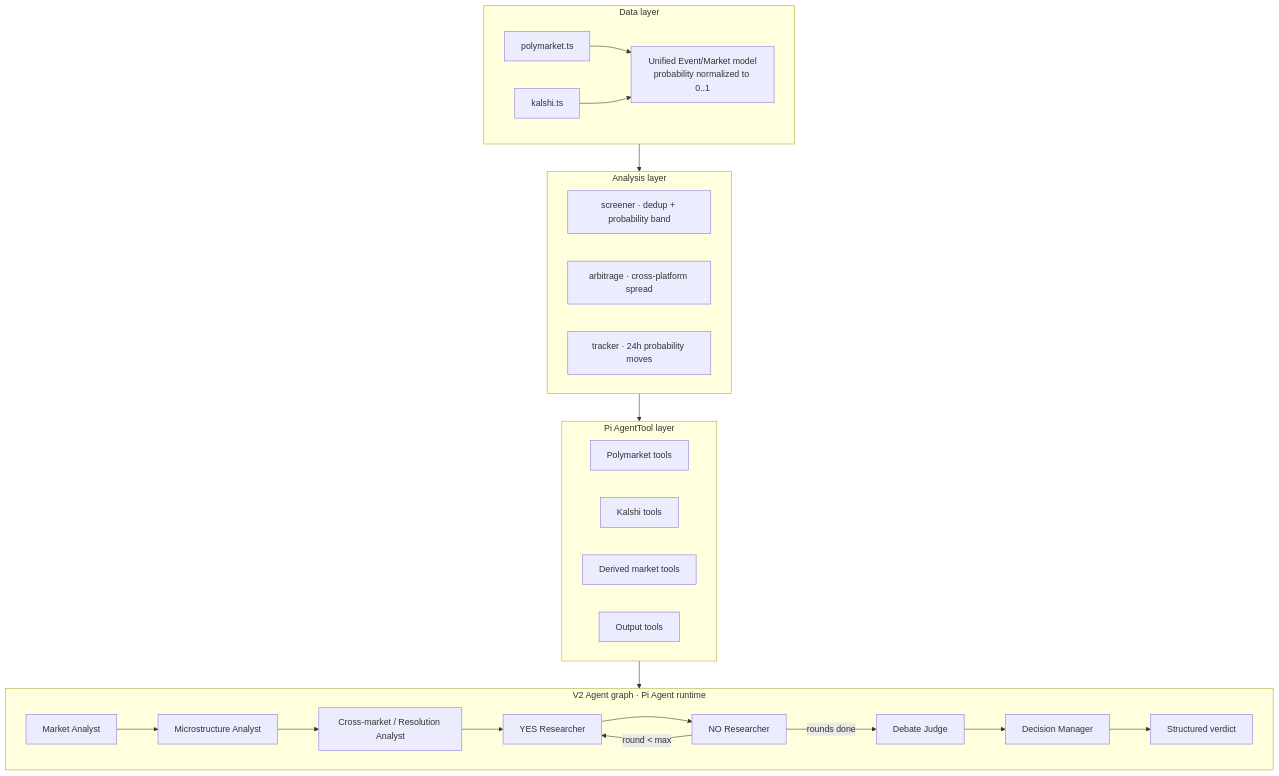
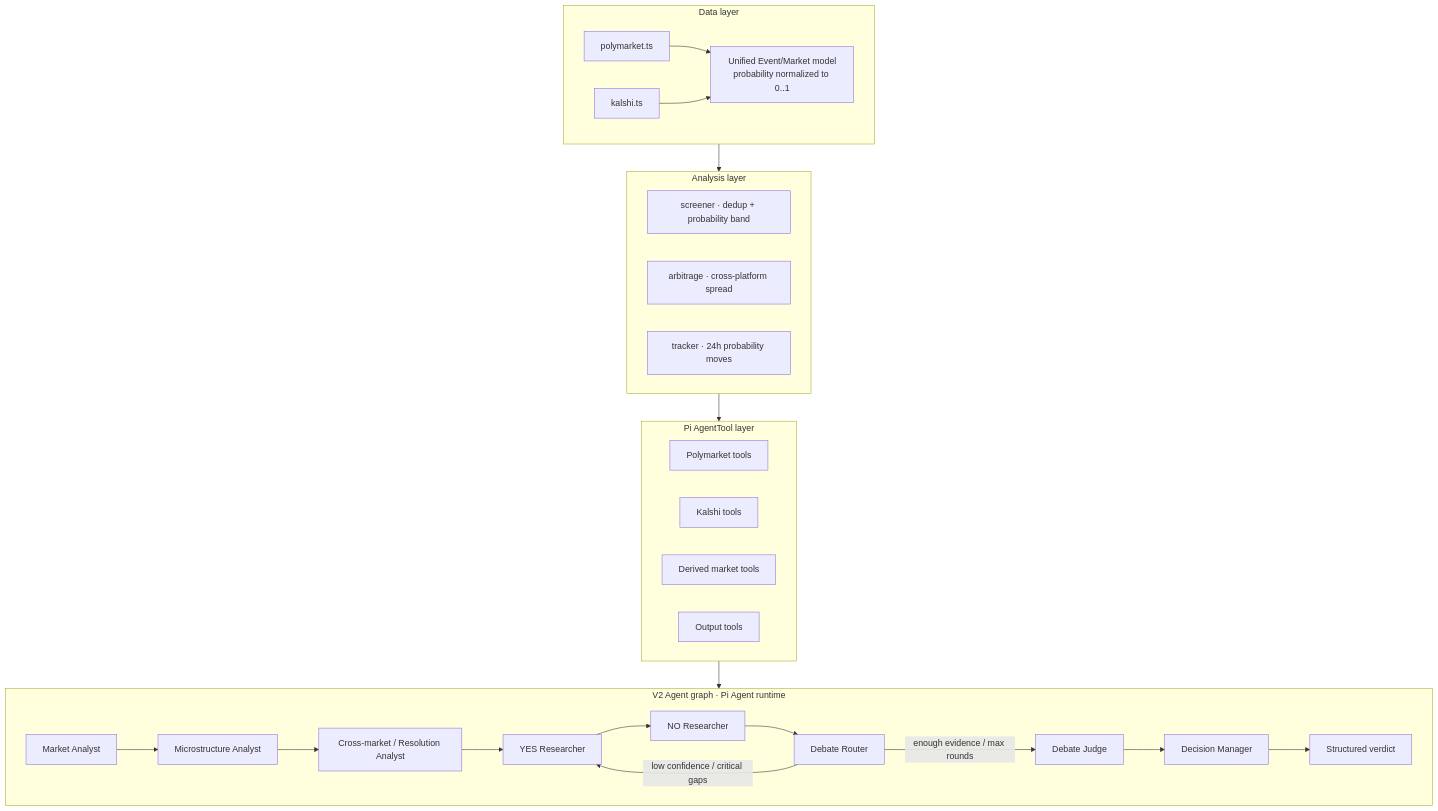
Before and after one commit to leesta24/Squirrel: the diagram in README.md, drawn with Mermaid. The commit also changed other lines of this file and 4 other files, not shown here.

Commit message:
Add state-driven v2 debate router

````diff
--- a/README.md
+++ b/README.md
@@ -22,27 +22,28 @@
 ```mermaid
 flowchart TD
   subgraph D[Data layer]
     PM[polymarket.ts] --> U[Unified Event/Market model<br/>probability normalized to 0..1]
     KS[kalshi.ts] --> U
   end
   subgraph A[Analysis layer]
     SC[screener · dedup + probability band]
     AR[arbitrage · cross-platform spread]
     TR[tracker · 24h probability moves]
   end
   subgraph T[Pi AgentTool layer]
     PT[Polymarket tools]
     KT[Kalshi tools]
     DT[Derived market tools]
     OT[Output tools]
   end
   subgraph G[V2 Agent graph · Pi Agent runtime]
     MA[Market Analyst] --> MI[Microstructure Analyst] --> XA[Cross-market / Resolution Analyst]
     XA --> YES[YES Researcher]
     YES --> NO[NO Researcher]
-    NO -->|round < max| YES
-    NO -->|rounds done| J[Debate Judge]
+    NO --> R[Debate Router]
+    R -->|low confidence / critical gaps| YES
+    R -->|enough evidence / max rounds| J[Debate Judge]
     J --> DM[Decision Manager] --> V[Structured verdict]
   end
   D --> A --> T --> G
 ```
````
